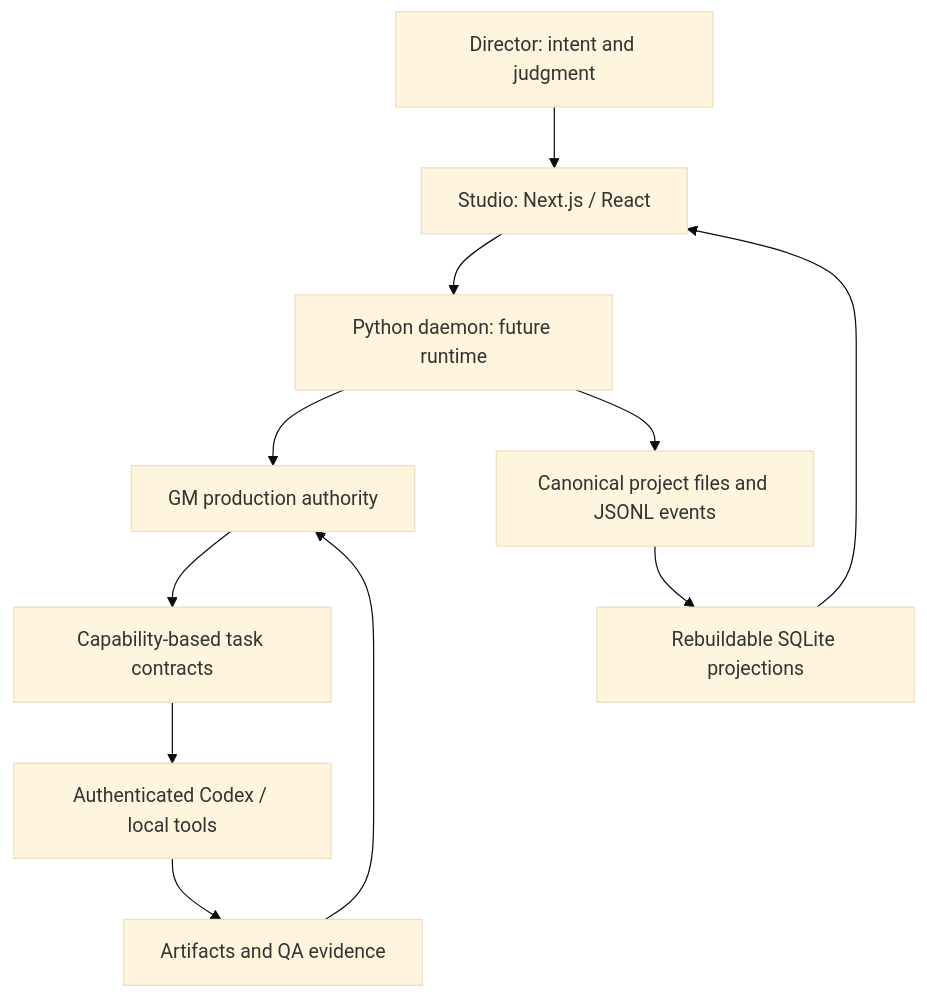
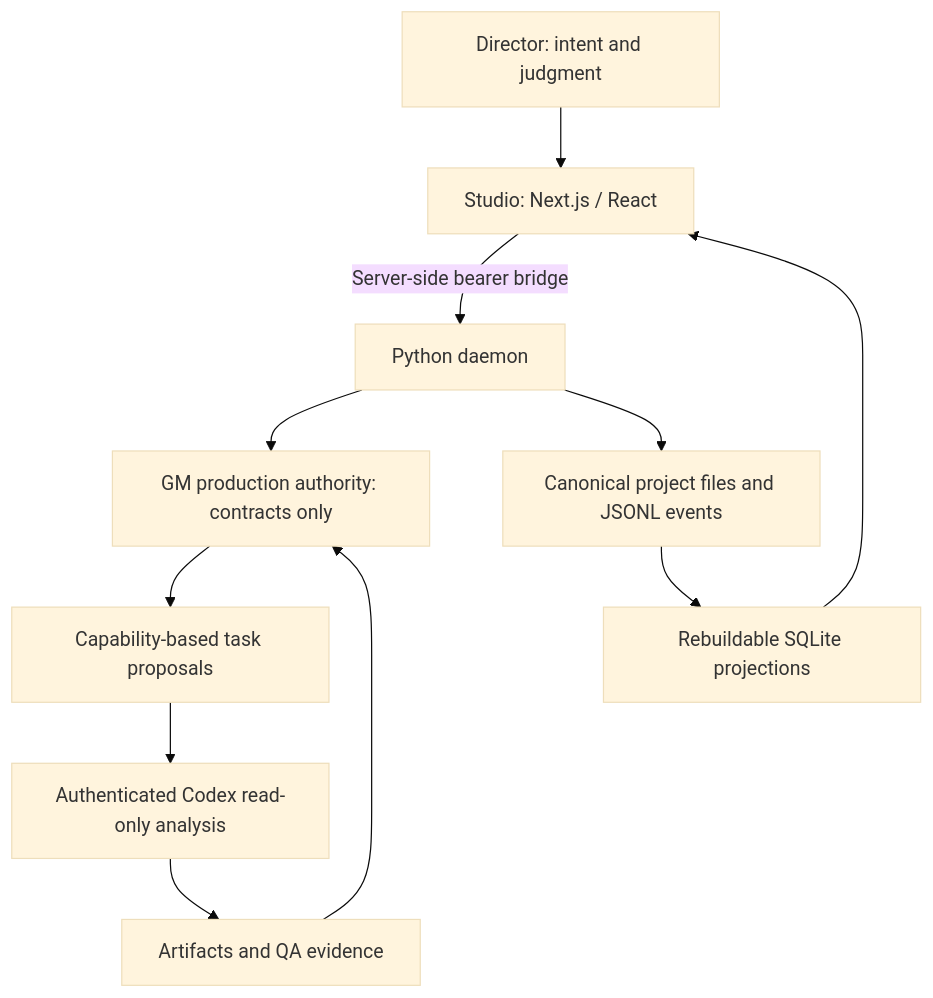
The diagram in README.md (orenshved/GAN), drawn with Mermaid (base theme) before and after one commit. The commit also changed other lines of this file and 42 other files, not shown here.

Commit message:
Implement Phase 1 and Phase 2 local Studio

````diff
--- a/README.md
+++ b/README.md
@@ -13,13 +13,13 @@
 ```mermaid
 flowchart TD
   Human[Director: intent and judgment] --> Studio[Studio: Next.js / React]
-  Studio --> Daemon[Python daemon: future runtime]
-  Daemon --> GM[GM production authority]
-  GM --> Tasks[Capability-based task contracts]
-  Tasks --> Workers[Authenticated Codex / local tools]
+  Studio -->|Server-side bearer bridge| Daemon[Python daemon]
+  Daemon --> GM[GM production authority: contracts only]
+  GM --> Tasks[Capability-based task proposals]
+  Tasks --> Workers[Authenticated Codex read-only analysis]
   Workers --> Evidence[Artifacts and QA evidence]
   Evidence --> GM
   Daemon --> History[Canonical project files and JSONL events]
   History --> SQLite[Rebuildable SQLite projections]
   SQLite --> Studio
 ```
````
